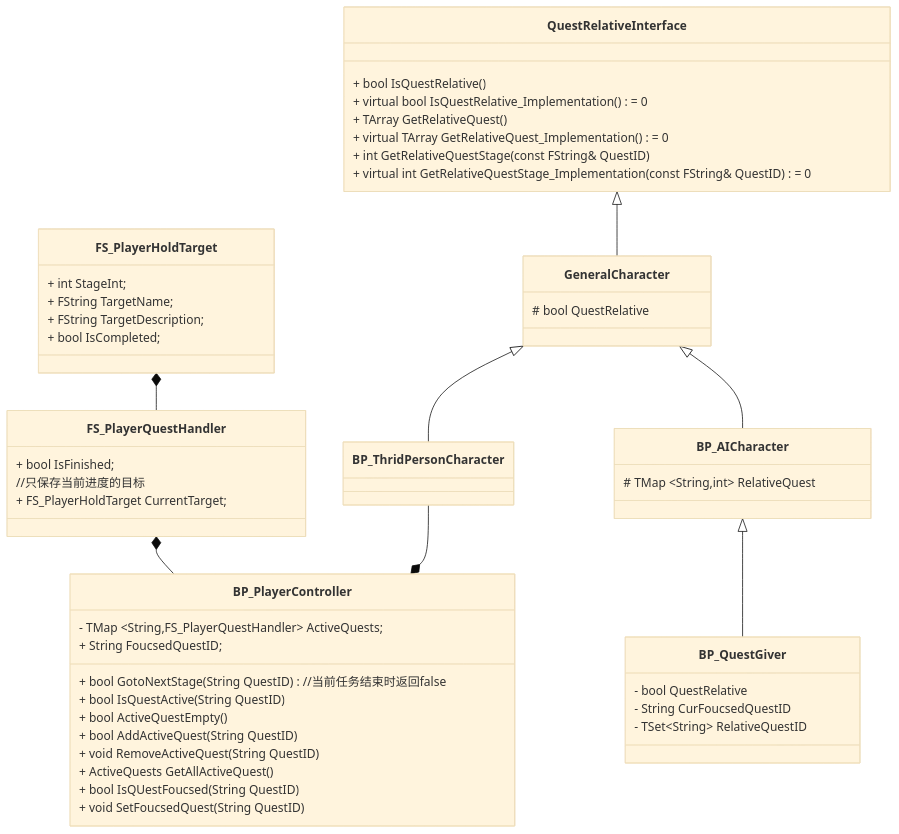
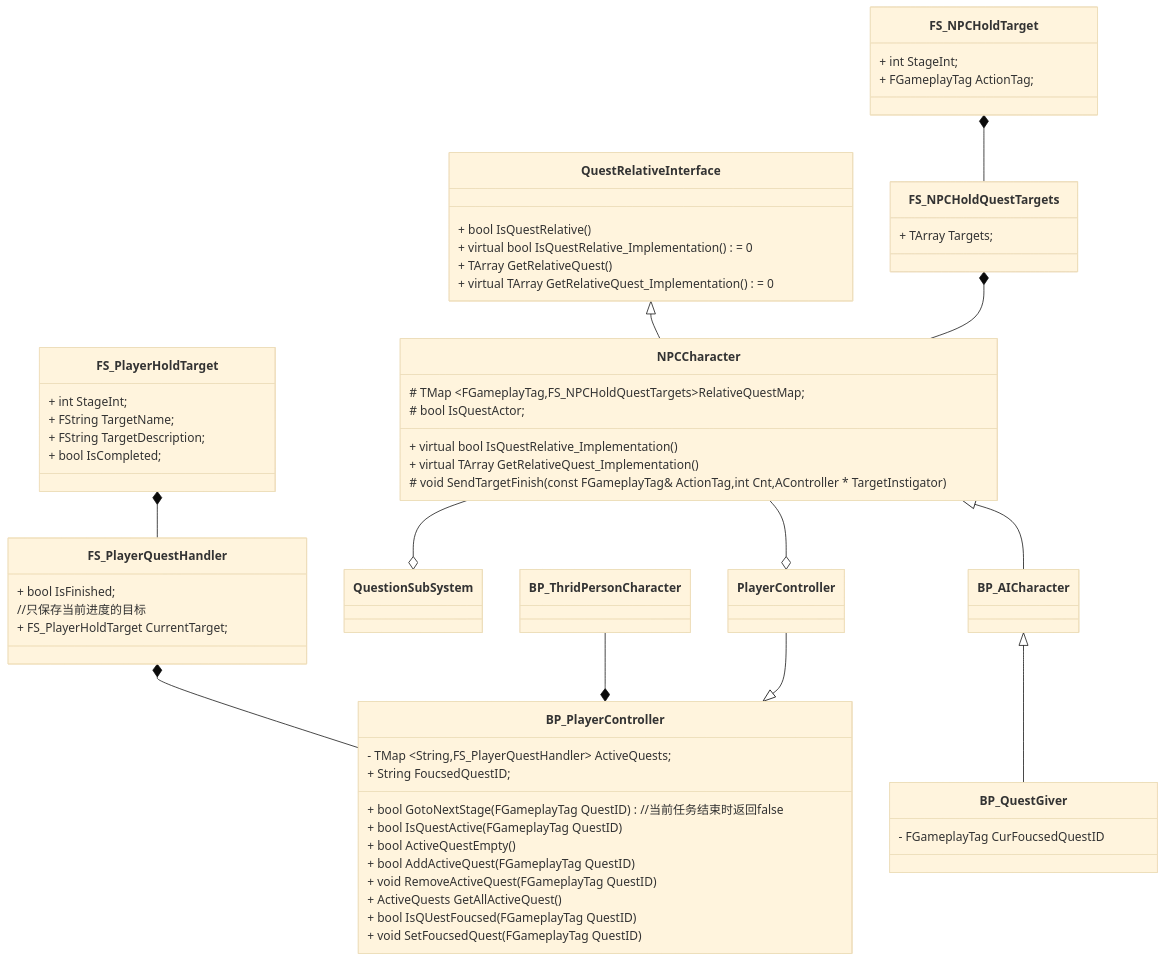
One commit to getyo/ARPG_Learn changed the eighth of 10 diagrams in Document/任务系统，对话系统，以及角色系统文档整理.md. Above: the diagram before and after it, drawn with Mermaid (base theme). The commit also changed other lines of this file and 7 other files, not shown here.

````diff
--- a/Document/任务系统，对话系统，以及角色系统文档整理.md
+++ b/Document/任务系统，对话系统，以及角色系统文档整理.md
@@ -275,57 +294,63 @@
 ```mermaid
 classDiagram
 FS_PlayerHoldTarget *-- FS_PlayerQuestHandler
 FS_PlayerQuestHandler *-- BP_PlayerController
-QuestRelativeInterface <|-- GeneralCharacter
+QuestRelativeInterface <|-- NPCCharacter
+NPCCharacter <|-- BP_AICharacter
 BP_AICharacter <|-- BP_QuestGiver
-GeneralCharacter <|-- BP_AICharacter
-GeneralCharacter <|-- BP_ThridPersonCharacter
 BP_ThridPersonCharacter --* BP_PlayerController
+FS_NPCHoldTarget *-- FS_NPCHoldQuestTargets
+FS_NPCHoldQuestTargets *-- NPCCharacter
+PlayerController --|> BP_PlayerController
+NPCCharacter --o PlayerController
+NPCCharacter --o QuestionSubSystem
+
 class FS_PlayerHoldTarget{
-	+ int StageInt;
-	+ FString TargetName;
-	+ FString TargetDescription;
-	+ bool IsCompleted;
++ int StageInt;
++ FString TargetName;
++ FString TargetDescription;
++ bool IsCompleted;
 }
 class FS_PlayerQuestHandler{
-	+ bool IsFinished;
-	//只保存当前进度的目标
-	+ FS_PlayerHoldTarget CurrentTarget;
++ bool IsFinished;
+//只保存当前进度的目标
++ FS_PlayerHoldTarget CurrentTarget;
 }
 class BP_PlayerController{
-	- TMap ~String,FS_PlayerQuestHandler~ ActiveQuests;
-	+ String FoucsedQuestID;
-	
-	+ bool GotoNextStage(String QuestID) 	//当前任务结束时返回false
-	+ bool IsQuestActive(String QuestID)
-	+ bool ActiveQuestEmpty()
-	+ bool AddActiveQuest(String QuestID)
-	+ void RemoveActiveQuest(String QuestID)
-	+ ActiveQuests GetAllActiveQuest()
-	+ bool IsQUestFoucsed(String QuestID)
-	+ void SetFoucsedQuest(String QuestID)
+- TMap ~String,FS_PlayerQuestHandler~ ActiveQuests;
++ String FoucsedQuestID;
+
++ bool GotoNextStage(FGameplayTag QuestID) 	//当前任务结束时返回false
++ bool IsQuestActive(FGameplayTag QuestID)
++ bool ActiveQuestEmpty()
++ bool AddActiveQuest(FGameplayTag QuestID)
++ void RemoveActiveQuest(FGameplayTag QuestID)
++ ActiveQuests GetAllActiveQuest()
++ bool IsQUestFoucsed(FGameplayTag QuestID)
++ void SetFoucsedQuest(FGameplayTag QuestID)
 }
 class BP_QuestGiver{
-	- bool QuestRelative
-	- String CurFoucsedQuestID
-	- TSet~String~ RelativeQuestID
+- FGameplayTag CurFoucsedQuestID
 }
 class QuestRelativeInterface{
-	+ bool IsQuestRelative()
-	+ virtual bool IsQuestRelative_Implementation() = 0
-	+ TArray<FString> GetRelativeQuest()
-	+ virtual TArray<FString> GetRelativeQuest_Implementation() = 0
-	+ int GetRelativeQuestStage(const FString& QuestID)
-	+ virtual int GetRelativeQuestStage_Implementation(const FString& QuestID) = 0
++ bool IsQuestRelative()
++ virtual bool IsQuestRelative_Implementation() = 0
++ TArray<FGameplayTagg> GetRelativeQuest()
++ virtual TArray<FGameplayTag> GetRelativeQuest_Implementation() = 0
 }
-class GeneralCharacter{
-	# bool QuestRelative
+class FS_NPCHoldTarget{
++ int StageInt;
++ FGameplayTag ActionTag;
 }
-class BP_AICharacter{
-	# TMap ~String,int~ RelativeQuest
+class FS_NPCHoldQuestTargets {
++ TArray<FS_NPCHoldTarget> Targets;
 }
-class BP_ThridPersonCharacter{
-	
+class NPCCharacter{
++ virtual bool IsQuestRelative_Implementation()
++ virtual TArray<FGameplayTag> GetRelativeQuest_Implementation()
+# void SendTargetFinish(const FGameplayTag& ActionTag,int Cnt,AController * TargetInstigator)
+# TMap ~FGameplayTag,FS_NPCHoldQuestTargets~RelativeQuestMap;
+# bool IsQuestActor;
 }
 
 ```
````
